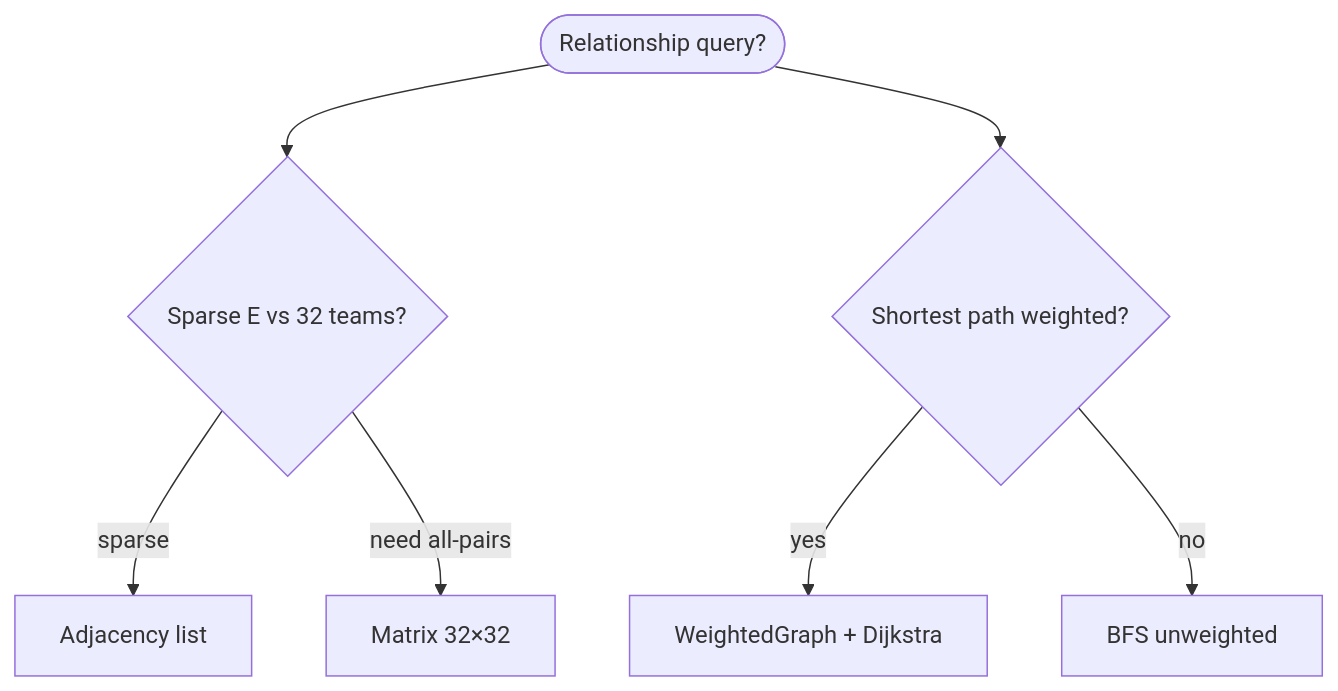
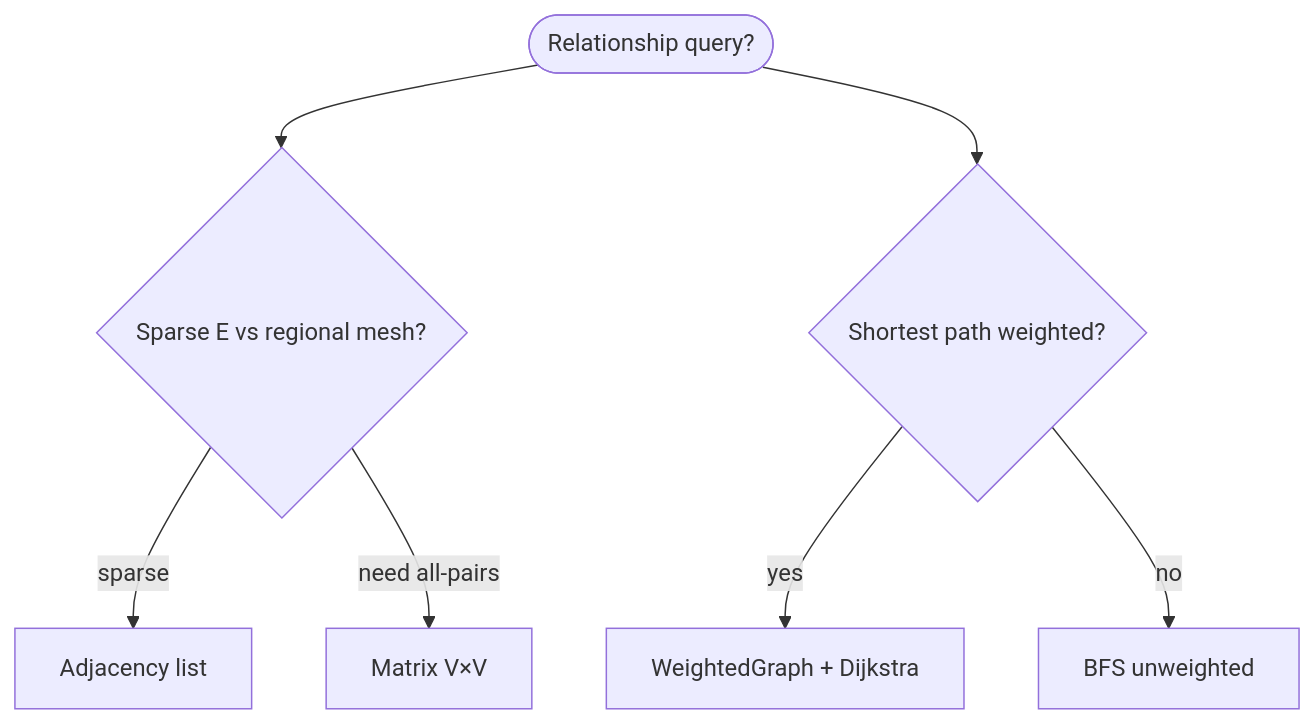
The sixth of 6 diagrams in docs/dsa/data-structures/graphs/index.md (qgjones9/python-programming-guide), drawn with Mermaid before and after one commit. The commit also changed other lines of this file and 29 other files, not shown here.

````diff
--- a/docs/dsa/data-structures/graphs/index.md
+++ b/docs/dsa/data-structures/graphs/index.md
@@ -502,10 +496,10 @@
 ```mermaid
 flowchart TD
   Q([Relationship query?])
-  Q --> S{Sparse E vs 32 teams?}
+  Q --> S{Sparse E vs regional mesh?}
   S -->|sparse| AL["Adjacency list"]
-  S -->|need all-pairs| AM["Matrix 32×32"]
+  S -->|need all-pairs| AM["Matrix V×V"]
   Q --> P{Shortest path weighted?}
   P -->|yes| D["WeightedGraph + Dijkstra"]
   P -->|no| B["BFS unweighted"]
 ```
````
